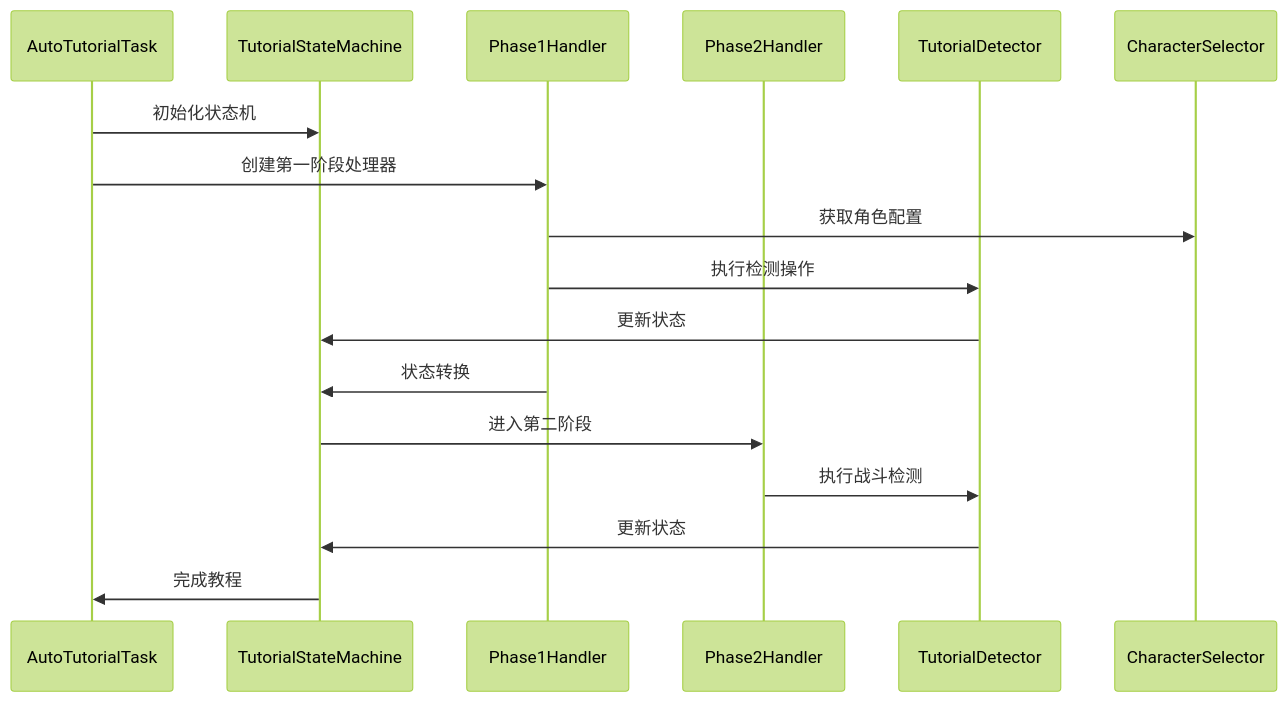
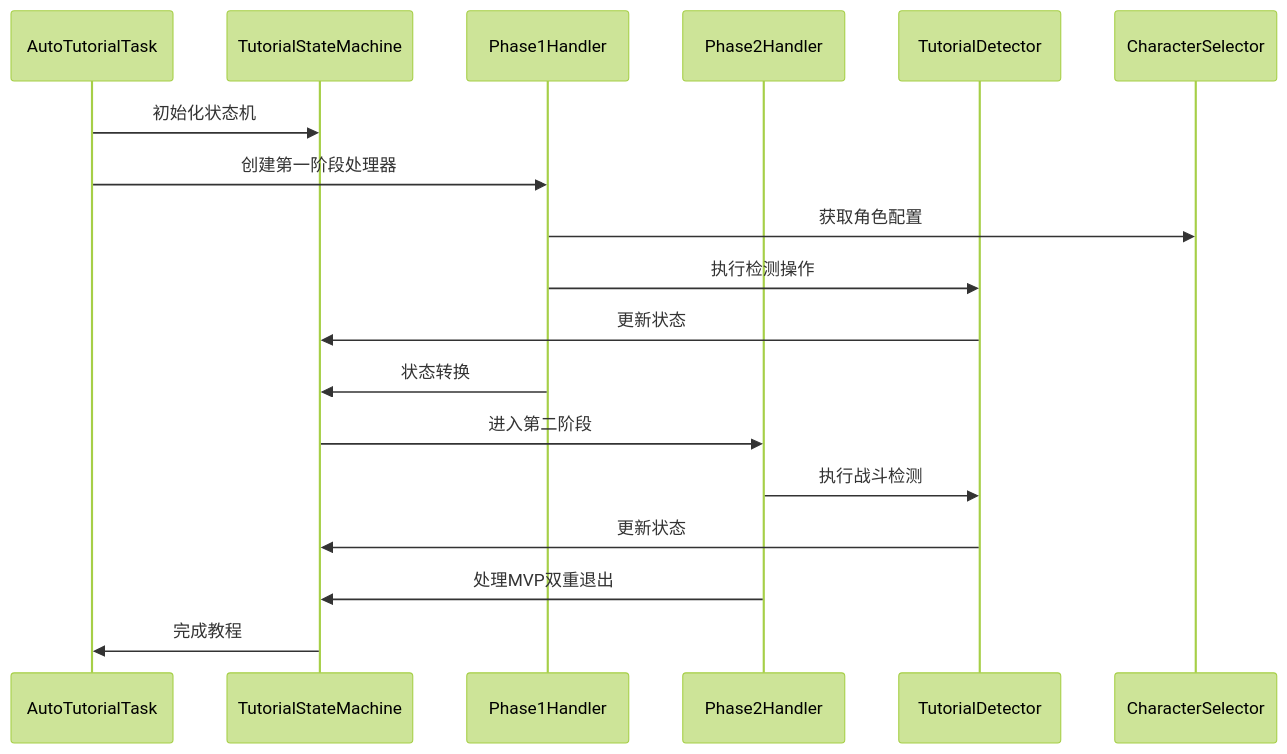
The fourth of 9 diagrams in .qoder/repowiki/zh/content/核心系统架构/教程功能常量.md (xsy098-max/ok-jump), drawn with Mermaid (forest theme) before and after one commit. The commit also changed other lines of this file and 19 other files, not shown here.

````diff
--- a/.qoder/repowiki/zh/content/核心系统架构/教程功能常量.md
+++ b/.qoder/repowiki/zh/content/核心系统架构/教程功能常量.md
@@ -181,19 +189,20 @@
 ```mermaid
 sequenceDiagram
 participant Task as AutoTutorialTask
 participant SM as TutorialStateMachine
 participant PH1 as Phase1Handler
 participant PH2 as Phase2Handler
 participant Detector as TutorialDetector
 participant Selector as CharacterSelector
 Task->>SM : 初始化状态机
 Task->>PH1 : 创建第一阶段处理器
 PH1->>Selector : 获取角色配置
 PH1->>Detector : 执行检测操作
 Detector->>SM : 更新状态
 PH1->>SM : 状态转换
 SM->>PH2 : 进入第二阶段
 PH2->>Detector : 执行战斗检测
 Detector->>SM : 更新状态
+PH2->>SM : 处理MVP双重退出
 SM->>Task : 完成教程
 ```
````
